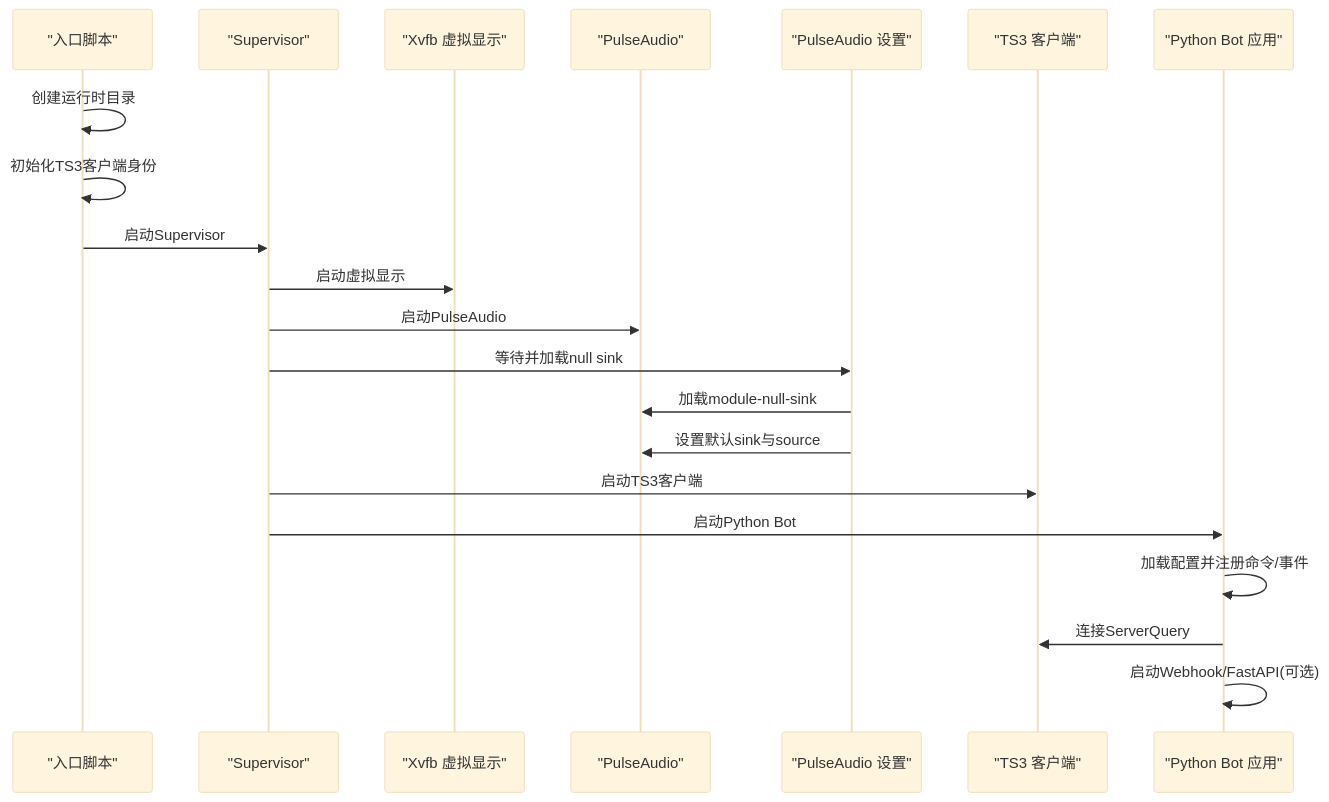
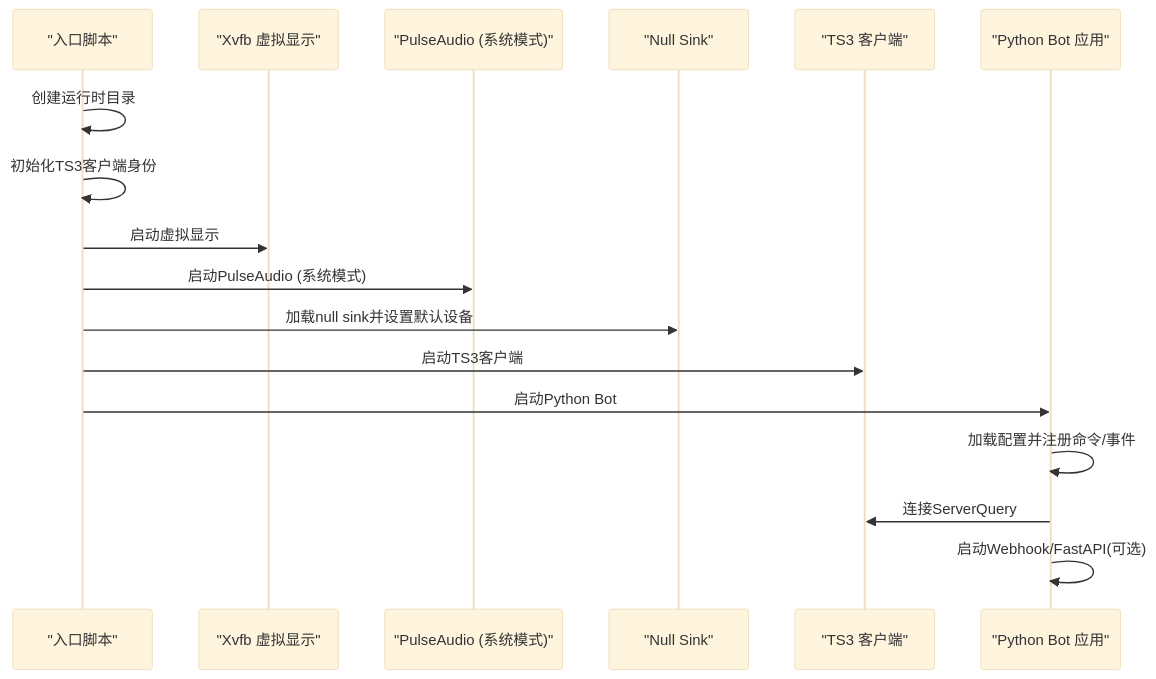
The second of 3 diagrams in .qoder/repowiki/zh/content/部署和运维/Docker容器化部署.md (GhoulOwl/Teamspeak3_Bot), drawn with Mermaid (base theme) before and after one commit. The commit also changed other lines of this file and 4 other files, not shown here.

````diff
--- a/.qoder/repowiki/zh/content/部署和运维/Docker容器化部署.md
+++ b/.qoder/repowiki/zh/content/部署和运维/Docker容器化部署.md
@@ -116,23 +113,19 @@
 ```mermaid
 sequenceDiagram
 participant Entrypoint as "入口脚本"
-participant Supervisor as "Supervisor"
 participant Xvfb as "Xvfb 虚拟显示"
-participant Pulse as "PulseAudio"
-participant Setup as "PulseAudio 设置"
+participant Pulse as "PulseAudio (系统模式)"
+participant NullSink as "Null Sink"
 participant TS3 as "TS3 客户端"
 participant Bot as "Python Bot 应用"
 Entrypoint->>Entrypoint : 创建运行时目录
 Entrypoint->>Entrypoint : 初始化TS3客户端身份
-Entrypoint->>Supervisor : 启动Supervisor
-Supervisor->>Xvfb : 启动虚拟显示
-Supervisor->>Pulse : 启动PulseAudio
-Supervisor->>Setup : 等待并加载null sink
-Setup->>Pulse : 加载module-null-sink
-Setup->>Pulse : 设置默认sink与source
-Supervisor->>TS3 : 启动TS3客户端
-Supervisor->>Bot : 启动Python Bot
+Entrypoint->>Xvfb : 启动虚拟显示
+Entrypoint->>Pulse : 启动PulseAudio (系统模式)
+Entrypoint->>NullSink : 加载null sink并设置默认设备
+Entrypoint->>TS3 : 启动TS3客户端
+Entrypoint->>Bot : 启动Python Bot
 Bot->>Bot : 加载配置并注册命令/事件
 Bot->>TS3 : 连接ServerQuery
 Bot->>Bot : 启动Webhook/FastAPI(可选)
 ```
````
